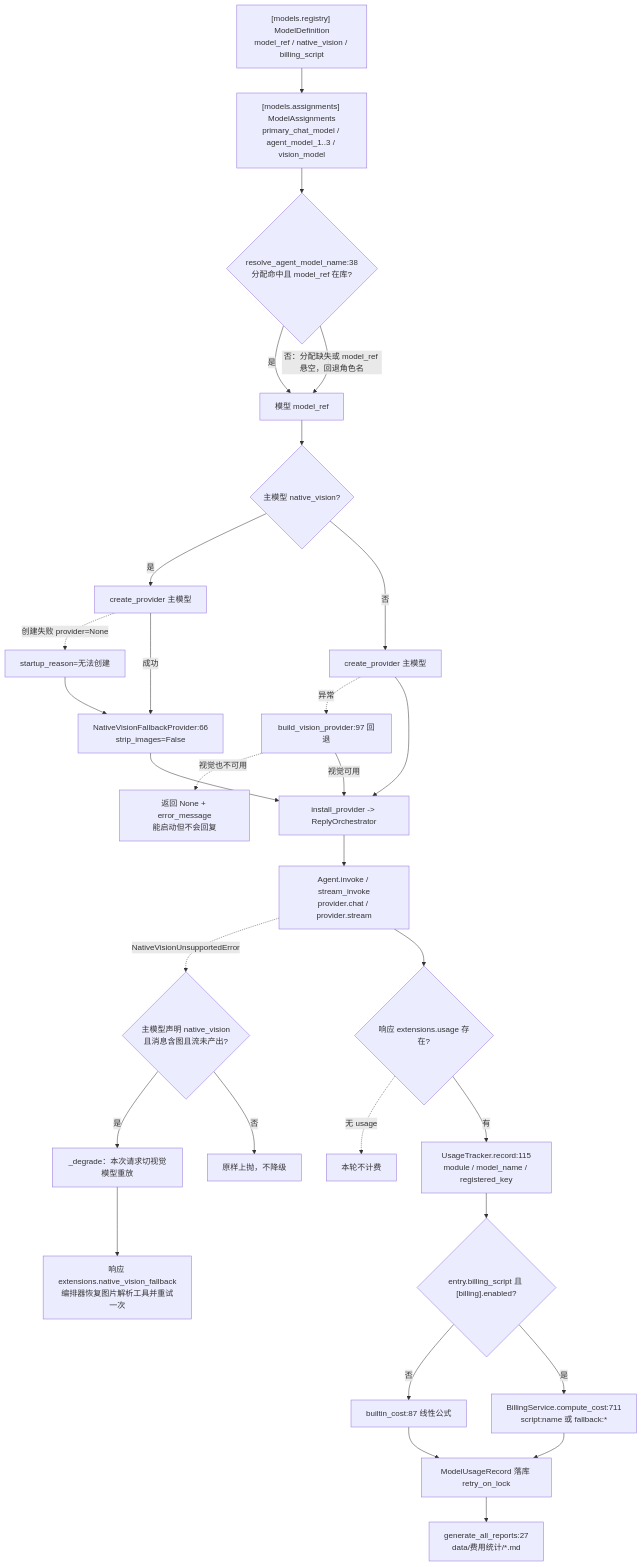
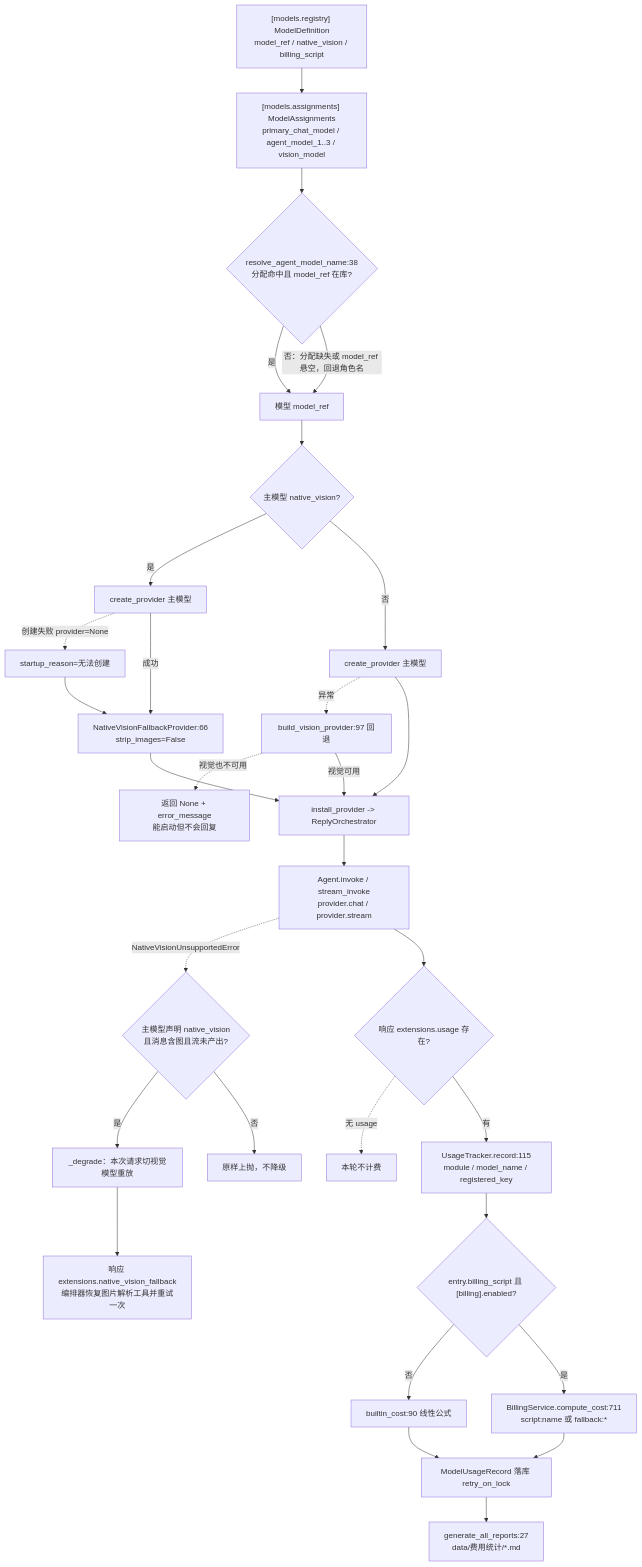
One commit to SuperQuail/NeoBot changed the first of 11 diagrams in docs/flow/05-llm-routing.md. Above: the diagram before and after it, drawn with Mermaid. The commit also changed other lines of this file and 7 other files, not shown here.

````diff
--- a/docs/flow/05-llm-routing.md
+++ b/docs/flow/05-llm-routing.md
@@ -53,32 +53,32 @@
 ```mermaid
 flowchart TD
     A["[models.registry] ModelDefinition<br/>model_ref / native_vision / billing_script"] --> B["[models.assignments] ModelAssignments<br/>primary_chat_model / agent_model_1..3 / vision_model"]
     B --> C{"resolve_agent_model_name:38<br/>分配命中且 model_ref 在库?"}
     C -- "是" --> D["模型 model_ref"]
     C -- "否：分配缺失或 model_ref 悬空，回退角色名" --> D
     D --> E{"主模型 native_vision?"}
     E -- "是" --> F["create_provider 主模型"]
     E -- "否" --> H["create_provider 主模型"]
     F -.->|"创建失败 provider=None"| F1["startup_reason=无法创建"]
     F1 --> G["NativeVisionFallbackProvider:66<br/>strip_images=False"]
     F -- "成功" --> G
     H -.->|"异常"| I["build_vision_provider:97 回退"]
     I -.->|"视觉也不可用"| K["返回 None + error_message<br/>能启动但不会回复"]
     I -- "视觉可用" --> J["install_provider -> ReplyOrchestrator"]
     G --> J
     H --> J
     J --> L["Agent.invoke / stream_invoke<br/>provider.chat / provider.stream"]
     L -.->|"NativeVisionUnsupportedError"| N{"主模型声明 native_vision<br/>且消息含图且流未产出?"}
     N -- "是" --> O["_degrade：本次请求切视觉模型重放"]
     N -- "否" --> M["原样上抛，不降级"]
     O --> P["响应 extensions.native_vision_fallback<br/>编排器恢复图片解析工具并重试一次"]
     L --> Q{"响应 extensions.usage 存在?"}
     Q -.->|"无 usage"| S["本轮不计费"]
     Q -- "有" --> R["UsageTracker.record:115<br/>module / model_name / registered_key"]
     R --> T{"entry.billing_script 且 [billing].enabled?"}
-    T -- "否" --> V["builtin_cost:87 线性公式"]
+    T -- "否" --> V["builtin_cost:90 线性公式"]
     T -- "是" --> U["BillingService.compute_cost:711<br/>script:name 或 fallback:*"]
     U --> W["ModelUsageRecord 落库 retry_on_lock"]
     V --> W
     W --> X["generate_all_reports:27<br/>data/费用统计/*.md"]
 ```
````
